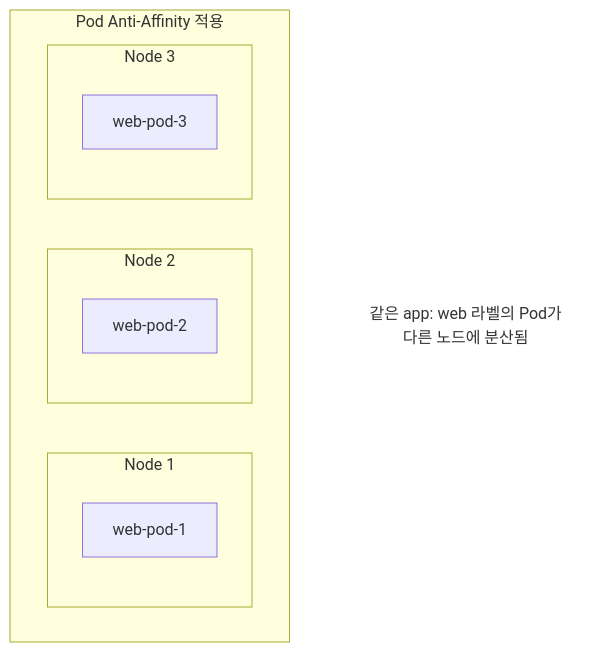
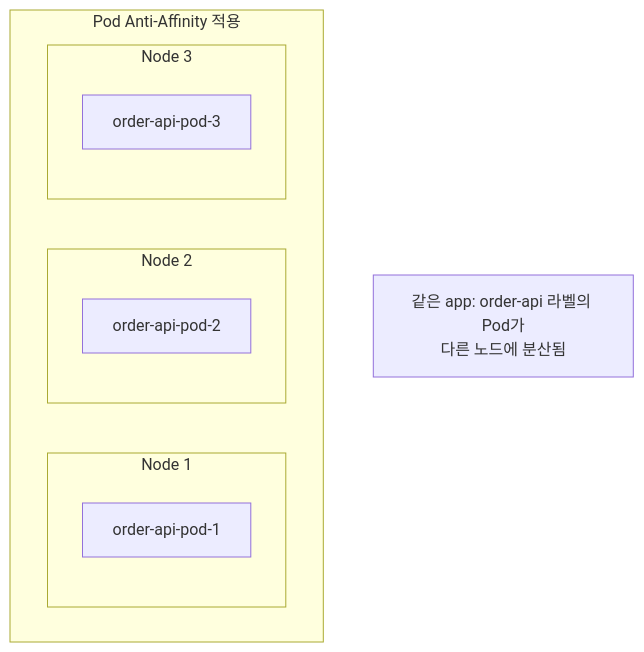
The seventh of 8 diagrams in kubernetes/Kubernetes-Pod.md (sskim91/TIL), drawn with Mermaid before and after one commit. The commit also changed other lines of this file and 39 other files, not shown here.

````diff
--- a/kubernetes/Kubernetes-Pod.md
+++ b/kubernetes/Kubernetes-Pod.md
@@ -1015,17 +756,16 @@
 ```mermaid
 flowchart TB
     subgraph "Pod Anti-Affinity 적용"
         subgraph Node1[Node 1]
-            P1[web-pod-1]
+            P1[order-api-pod-1]
         end
         subgraph Node2[Node 2]
-            P2[web-pod-2]
+            P2[order-api-pod-2]
         end
         subgraph Node3[Node 3]
-            P3[web-pod-3]
+            P3[order-api-pod-3]
         end
     end
 
-    DiagramNote["같은 app: web 라벨의 Pod가<br>다른 노드에 분산됨"]
-    style DiagramNote stroke-width:0,fill:transparent
+    DiagramNote["같은 app: order-api 라벨의 Pod가<br>다른 노드에 분산됨"]
 ```
````
